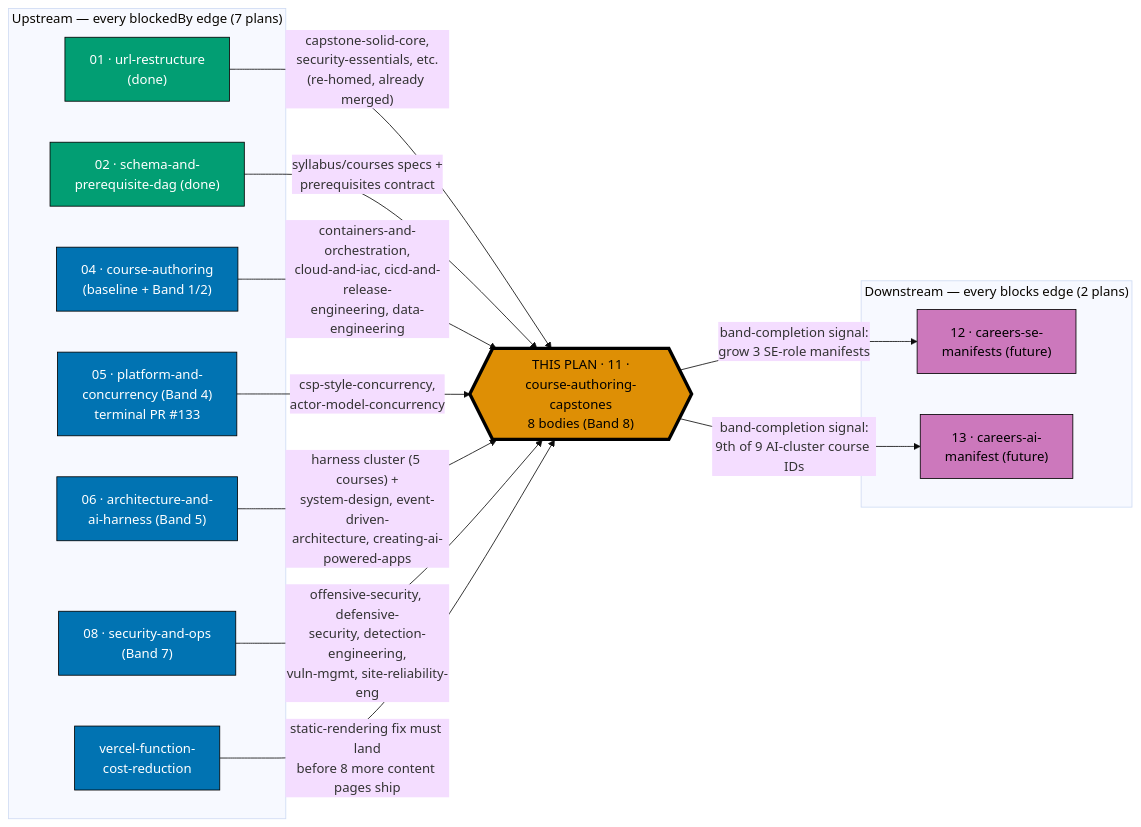
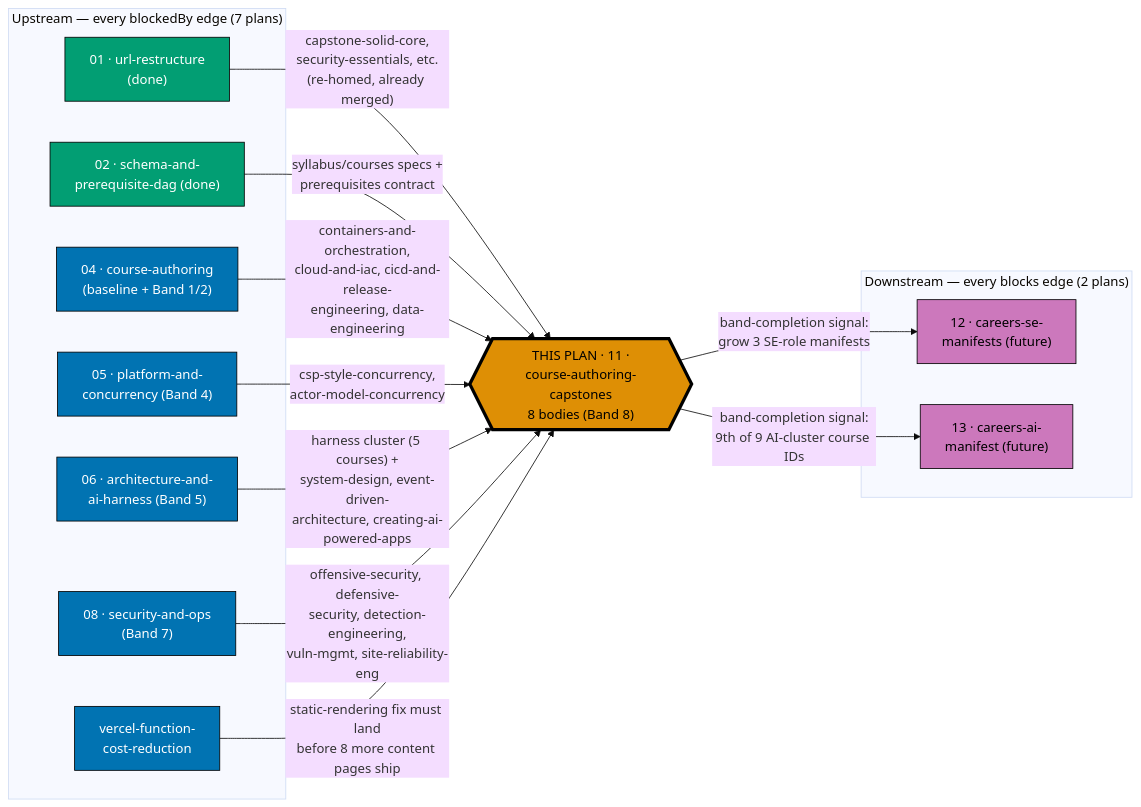
The first of 2 diagrams in plans/backlog/ayokoding-learning-path-11-course-authoring-capstones/README.md (wahidyankf/open-sharia-fintech), drawn with Mermaid (base theme) before and after one commit. The commit also changed other lines of this file and 1226 other files, not shown here.

````diff
--- a/plans/backlog/ayokoding-learning-path-11-course-authoring-capstones/README.md
+++ b/plans/backlog/ayokoding-learning-path-11-course-authoring-capstones/README.md
@@ -110,39 +110,39 @@
 ```mermaid
 %% This plan's position relative to every plan it depends on and every plan that depends on it.
 %% Node SHAPE encodes role: rectangle = upstream plan this depends on, hexagon (doubled border) =
 %% THIS plan, parallelogram = downstream consumer. This diagram exists specifically to make the
 %% fan-in explicit: THIS plan has more inbound edges than any other course-authoring successor plan,
 %% because capstones synthesize other bands' content by design.
 flowchart LR
     subgraph UP["Upstream — every blockedBy edge (7 plans)"]
         P1["01 · url-restructure<br/>(done)"]:::done
         P2["02 · schema-and-<br/>prerequisite-dag (done)"]:::done
         P4["04 · course-authoring<br/>(baseline + Band 1/2)"]:::upstream
-        P5["05 · platform-and-<br/>concurrency (Band 4)<br/>terminal PR #133"]:::upstream
+        P5["05 · platform-and-<br/>concurrency (Band 4)"]:::upstream
         P6["06 · architecture-and-<br/>ai-harness (Band 5)"]:::upstream
         P8["08 · security-and-ops<br/>(Band 7)"]:::upstream
         VFR["vercel-function-<br/>cost-reduction"]:::upstream
     end
 
     THIS{{"THIS PLAN · 11 ·<br/>course-authoring-capstones<br/>8 bodies (Band 8)"}}:::this
 
     subgraph DOWN["Downstream — every blocks edge (2 plans)"]
         P12["12 · careers-se-<br/>manifests (future)"]:::downstream
         P13["13 · careers-ai-<br/>manifest (future)"]:::downstream
     end
 
     P1 -->|"capstone-solid-core,<br/>security-essentials, etc.<br/>(re-homed, already merged)"| THIS
     P2 -->|"syllabus/courses specs +<br/>prerequisites contract"| THIS
     P4 -->|"containers-and-orchestration,<br/>cloud-and-iac, cicd-and-release-<br/>engineering, data-engineering"| THIS
     P5 -->|"csp-style-concurrency,<br/>actor-model-concurrency"| THIS
     P6 -->|"harness cluster (5 courses) +<br/>system-design, event-driven-<br/>architecture, creating-ai-powered-apps"| THIS
     P8 -->|"offensive-security, defensive-<br/>security, detection-engineering,<br/>vuln-mgmt, site-reliability-eng"| THIS
     VFR -->|"static-rendering fix must land<br/>before 8 more content pages ship"| THIS
     THIS -->|"band-completion signal:<br/>grow 3 SE-role manifests"| P12
     THIS -->|"band-completion signal:<br/>9th of 9 AI-cluster course IDs"| P13
 
     classDef done fill:#029E73,stroke:#000000,color:#FFFFFF
     classDef upstream fill:#0173B2,stroke:#000000,color:#FFFFFF
     classDef this fill:#DE8F05,stroke:#000000,color:#000000,stroke-width:4px
     classDef downstream fill:#CC78BC,stroke:#000000,color:#000000
 ```
````
